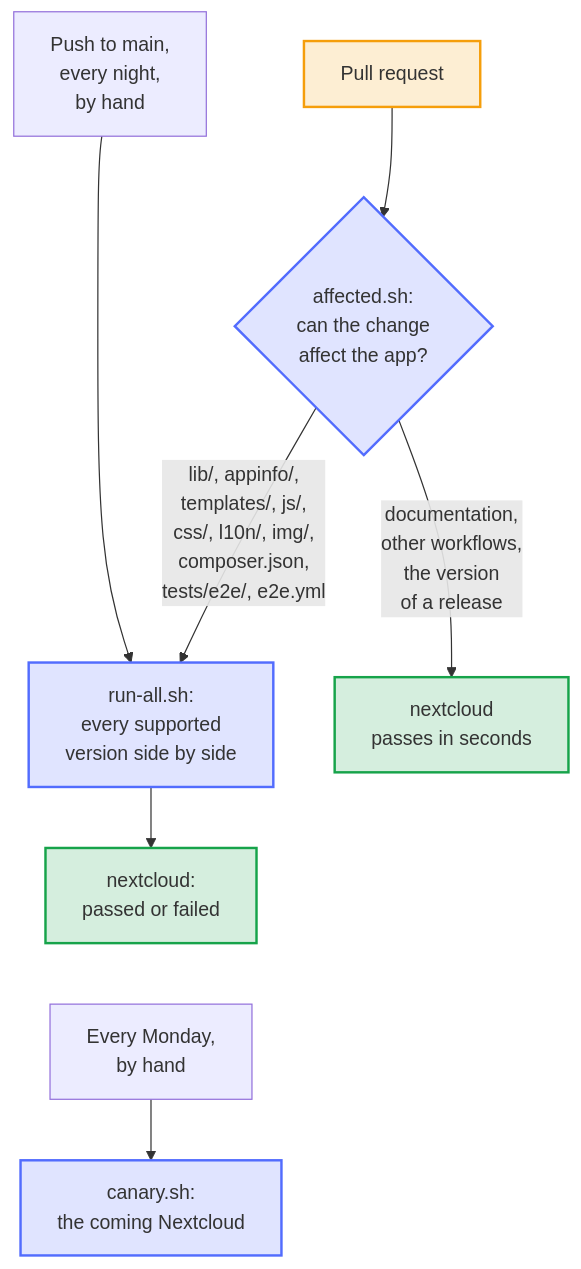
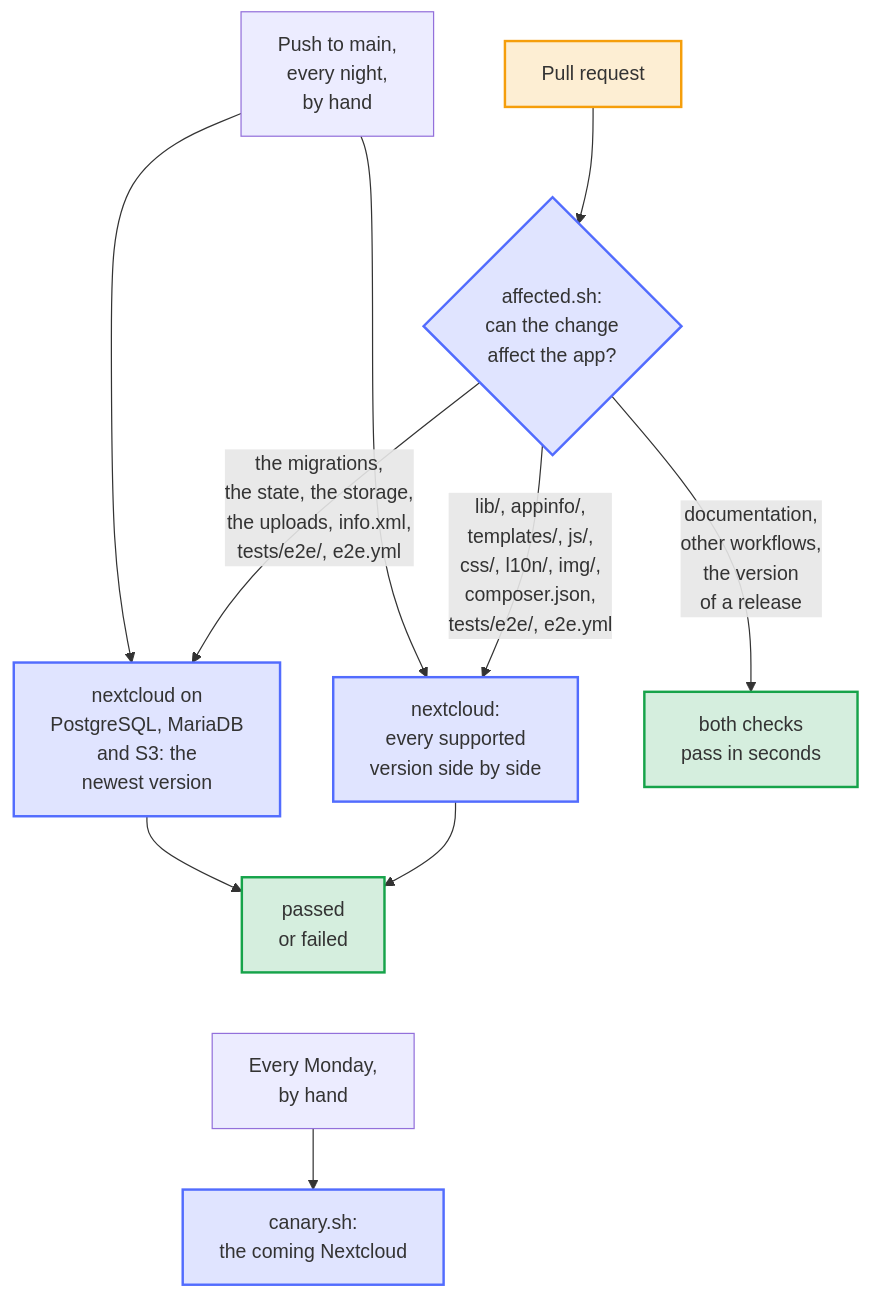
Before and after one commit to Dennis-Otto/paperless-sync: the diagram in docs/diagrams/when-the-end-to-end-tests-run.mmd, drawn with Mermaid. The commit also changed 29 other files, not shown here.

First line of the commit message:
test(e2e): run the background job, cover restore, conflict and vanished documents, and test PostgreSQL, MariaDB and S3 (#95)

```diff
--- a/docs/diagrams/when-the-end-to-end-tests-run.mmd
+++ b/docs/diagrams/when-the-end-to-end-tests-run.mmd
@@ -1,34 +1,38 @@
 ---
 config:
   flowchart:
     nodeSpacing: 24
 ---
 flowchart TB
     accTitle: When the end-to-end tests run
-    accDescr: A pull request runs the end-to-end tests only when it changes the app, its tests or their workflow; otherwise the required check passes at once. Every push to main and every night run them against every supported version, and every Monday the canary runs them against the coming Nextcloud.
+    accDescr: A pull request runs the end-to-end tests only when it changes the app, its tests or their workflow; otherwise both required checks pass at once. The check nextcloud then runs every supported version, and the check nextcloud on PostgreSQL, MariaDB and S3 runs the newest version there when the change can behave differently on another database or storage, and passes at once otherwise. Every push to main and every night run both, and every Monday the canary runs the tests against the coming Nextcloud.
 
     pr["Pull request"]
     main["Push to main,<br>every night,<br>by hand"]
     affected{"affected.sh:<br>can the change<br>affect the app?"}
-    all["run-all.sh:<br>every supported<br>version side by side"]
-    skipped["nextcloud<br>passes in seconds"]
-    result["nextcloud:<br>passed or failed"]
+    all["nextcloud:<br>every supported<br>version side by side"]
+    variants["nextcloud on<br>PostgreSQL, MariaDB<br>and S3: the<br>newest version"]
+    skipped["both checks<br>pass in seconds"]
+    result["passed<br>or failed"]
     monday["Every Monday,<br>by hand"]
     canary["canary.sh:<br>the coming Nextcloud"]
 
     pr --> affected
     affected -- "lib/, appinfo/,<br>templates/, js/,<br>css/, l10n/, img/,<br>composer.json,<br>tests/e2e/, e2e.yml" --> all
+    affected -- "the migrations,<br>the state, the storage,<br>the uploads, info.xml,<br>tests/e2e/, e2e.yml" --> variants
     affected -- "documentation,<br>other workflows,<br>the version<br>of a release" --> skipped
     main --> all
+    main --> variants
     %% Invisible links keep the triggers in one row and the canary below the rest.
     main ~~~ affected
     all --> result
+    variants --> result
     result ~~~ monday
     monday --> canary
 
     classDef bot fill:#526cfe2e,stroke:#526cfe,stroke-width:2px
     classDef person fill:#f59e0b2e,stroke:#f59e0b,stroke-width:2px
     classDef done fill:#16a34a2e,stroke:#16a34a,stroke-width:2px
     class pr person
-    class affected,all,canary bot
+    class affected,all,variants,canary bot
     class skipped,result done
```
